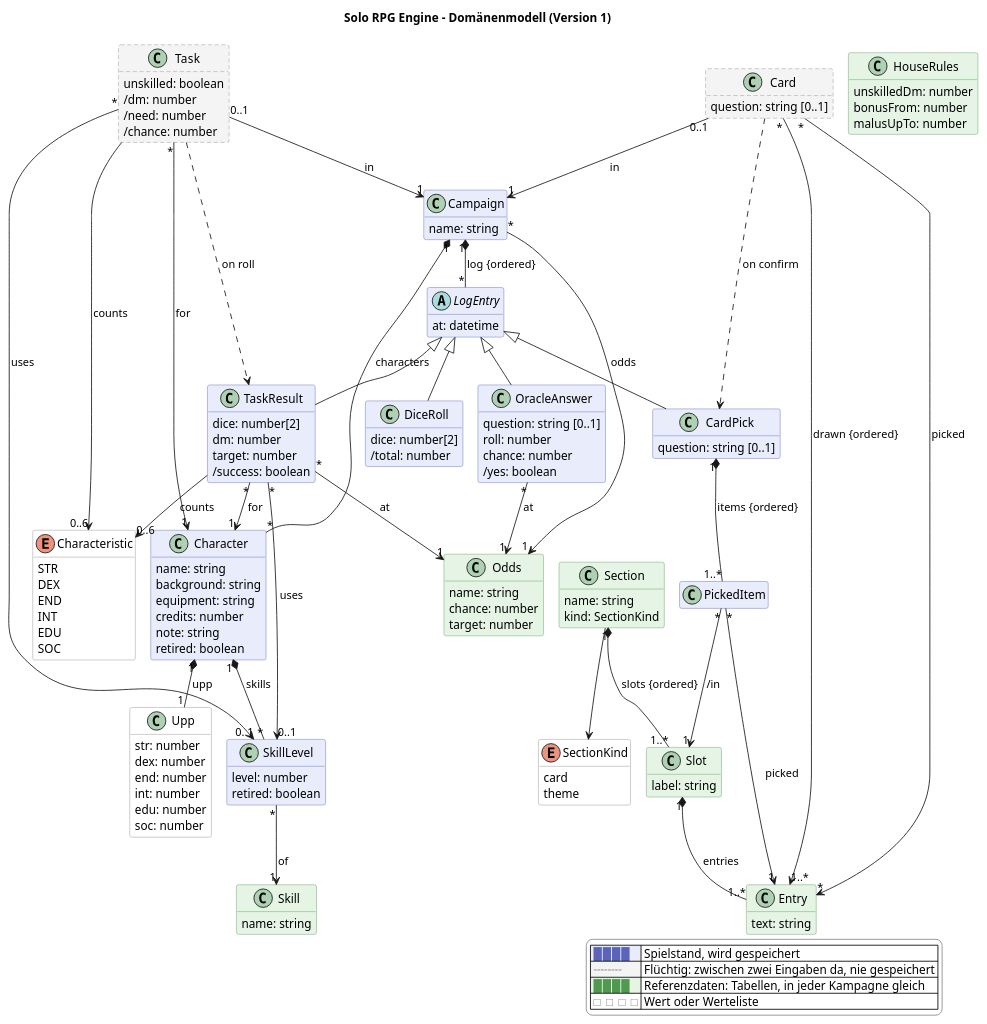
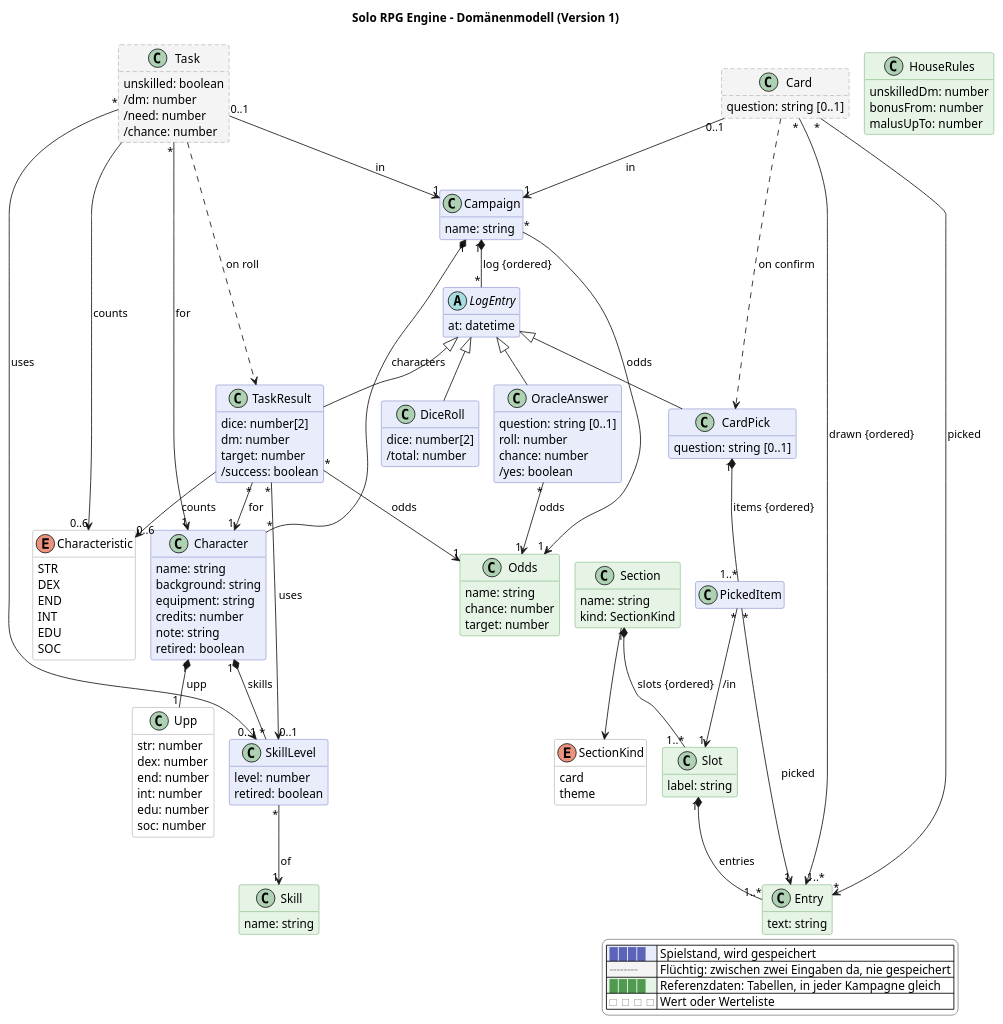
The diagram in docs/domain-model.puml (scuzzar/SRE), drawn with PlantUML before and after one commit. The commit also changed 3 other files, not shown here.

```diff
--- a/docs/domain-model.puml
+++ b/docs/domain-model.puml
@@ -3,179 +3,179 @@
 @startuml
 !pragma layout smetana
 title Solo RPG Engine – Domänenmodell (Version 1)
 hide empty members
 hide methods
 skinparam classAttributeIconSize 0
 skinparam shadowing false
 skinparam packageStyle rectangle
 skinparam class {
   BackgroundColor #e8ecfb
   BorderColor #5b64b8
   BackgroundColor<<transient>> #f4f4f4
   BorderColor<<transient>> #8a8a8a
   BackgroundColor<<reference>> #e6f4e6
   BorderColor<<reference>> #4f9a4f
   BackgroundColor<<value>> #ffffff
   BorderColor<<value>> #8a8a8a
 }
 skinparam legendBackgroundColor #ffffff
 skinparam legendBorderColor #8a8a8a
 <style>
 classDiagram {
   class {
     .transient {
       LineStyle 5-3
     }
   }
 }
 </style>
 hide <<transient>> stereotype
 hide <<reference>> stereotype
 hide <<value>> stereotype
 
 ' Kampagne und Charaktere
   class Campaign {
     name: string
   }
   class Character {
     name: string
     background: string
     equipment: string
     credits: number
     note: string
     retired: boolean
   }
   class Upp <<value>> {
     str: number
     dex: number
     end: number
     int: number
     edu: number
     soc: number
   }
   class SkillLevel {
     level: number
     retired: boolean
   }
 
 ' Verlauf
   abstract class LogEntry {
     at: datetime
   }
   class OracleAnswer {
     question: string [0..1]
     roll: number
     chance: number
     /yes: boolean
   }
   class DiceRoll {
     dice: number[2]
     /total: number
   }
   class CardPick {
     question: string [0..1]
   }
   class PickedItem
 
 ' Entwürfe: flüchtig, zwischen zwei Eingaben da, nie gespeichert (im Code: model/draft/)
   class Card <<transient>> {
     question: string [0..1]
   }
   class Task <<transient>> {
     unskilled: boolean
     /dm: number
     /need: number
     /chance: number
   }
   class TaskResult {
     dice: number[2]
     dm: number
     target: number
     /success: boolean
   }
 
 ' Referenzdaten
   class Odds <<reference>> {
     name: string
     chance: number
     target: number
   }
   class HouseRules <<reference>> {
     unskilledDm: number
     bonusFrom: number
     malusUpTo: number
   }
   class Skill <<reference>> {
     name: string
   }
   class Section <<reference>> {
     name: string
     kind: SectionKind
   }
   class Slot <<reference>> {
     label: string
   }
   class Entry <<reference>> {
     text: string
   }
   enum SectionKind <<value>> {
     card
     theme
   }
   enum Characteristic <<value>> {
     STR
     DEX
     END
     INT
     EDU
     SOC
   }
 
 ' Kampagne
 Campaign "1" *-- "*" Character : characters
 Campaign "*" --> "1" Odds : odds
 Campaign "1" *-- "*" LogEntry : log {ordered}
 
 ' Charakter
 Character "1" *-- "1" Upp : upp
 Character "1" *-- "*" SkillLevel : skills
 SkillLevel "*" --> "1" Skill : of
 
 ' Verlauf
 LogEntry <|-- OracleAnswer
 LogEntry <|-- DiceRoll
 LogEntry <|-- CardPick
 LogEntry <|-- TaskResult
 CardPick "1" *-- "1..*" PickedItem : items {ordered}
-OracleAnswer "*" --> "1" Odds : at
+OracleAnswer "*" --> "1" Odds : odds
 TaskResult "*" --> "1" Character : for
 TaskResult "*" --> "0..1" SkillLevel : uses
 TaskResult --> "0..6" Characteristic : counts
-TaskResult "*" --> "1" Odds : at
+TaskResult "*" --> "1" Odds : odds
 
 ' Probe
 Task "0..1" --> "1" Campaign : in
 Task "*" --> "1" Character : for
 Task "*" --> "0..1" SkillLevel : uses
 Task --> "0..6" Characteristic : counts
 Task ..> TaskResult : on roll
 
 ' Karte
 Card "0..1" --> "1" Campaign : in
 Card "*" --> "1..*" Entry : drawn {ordered}
 Card "*" --> "*" Entry : picked
 Card ..> CardPick : on confirm
 PickedItem "*" --> "1" Slot : /in
 PickedItem "*" --> "1" Entry : picked
 Section "1" *-- "1..*" Slot : slots {ordered}
 Section --> SectionKind
 Slot "1" *-- "1..*" Entry : entries
 
 
 legend right
   |<#e8ecfb> <color:#5b64b8>████</color> | Spielstand, wird gespeichert |
   |<#f4f4f4> <color:#8a8a8a>╌╌╌╌</color> | Flüchtig: zwischen zwei Eingaben da, nie gespeichert |
   |<#e6f4e6> <color:#4f9a4f>████</color> | Referenzdaten: Tabellen, in jeder Kampagne gleich |
   |<#ffffff> <color:#8a8a8a>□□□□</color> | Wert oder Werteliste |
 endlegend
 @enduml
```
